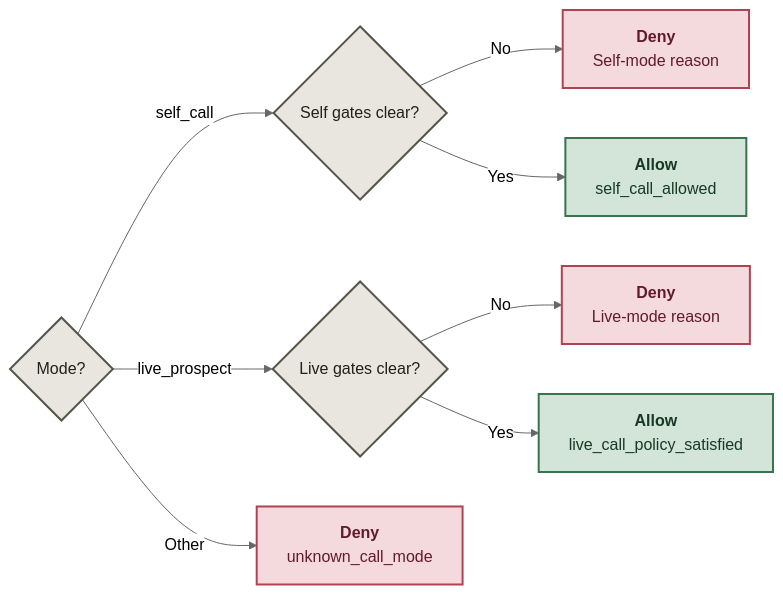
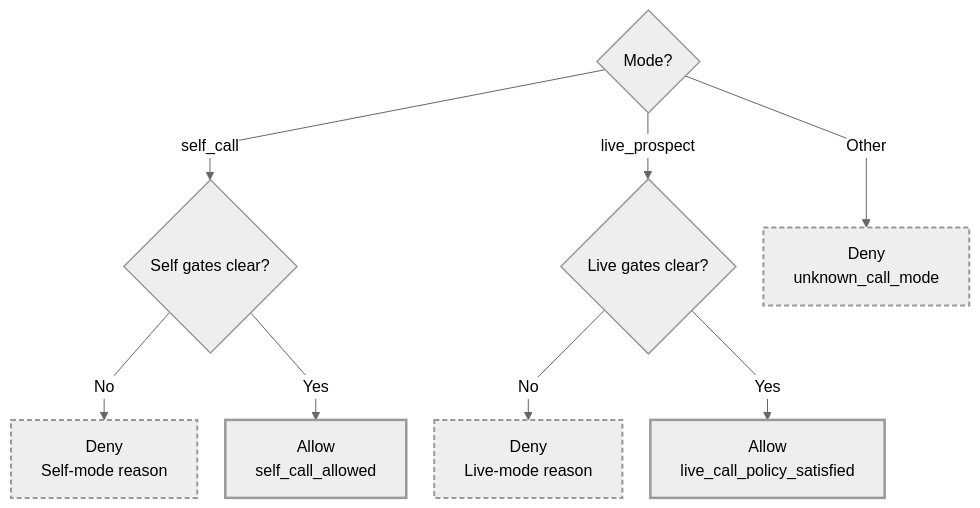
The second of 2 diagrams in README.md (Niyam-Paneru/ai-sales-call-guard), drawn with Mermaid (neutral theme) before and after one commit. The commit also changed other lines of this file, not shown here.

Commit message:
Improve Mermaid layout and light-dark theme readability

````diff
--- a/README.md
+++ b/README.md
@@ -29,16 +38,25 @@
 ```mermaid
-flowchart LR
+---
+config:
+  flowchart:
+    curve: linear
+    nodeSpacing: 28
+    rankSpacing: 42
+---
+flowchart TB
+    accTitle: Modes: enablement is specific to the call path
+    accDescr: Decision flow for modes: enablement is specific to the call path.
     M{"Mode?"} -- self_call --> S{"Self gates clear?"}
-    S -- No --> SD["<b>Deny</b><br/>Self-mode reason"]
-    S -- Yes --> SA["<b>Allow</b><br/>self_call_allowed"]
+    S -- No --> SD["Deny<br/>Self-mode reason"]
+    S -- Yes --> SA["Allow<br/>self_call_allowed"]
     M -- live_prospect --> L{"Live gates clear?"}
-    L -- No --> LD["<b>Deny</b><br/>Live-mode reason"]
-    L -- Yes --> LA["<b>Allow</b><br/>live_call_policy_satisfied"]
-    M -- Other --> U["<b>Deny</b><br/>unknown_call_mode"]
-    classDef input fill:#e8e6df,stroke:#55534a,color:#20201d,stroke-width:2px;
-    classDef pass fill:#d2e5d8,stroke:#38734d,color:#183923,stroke-width:2px;
-    classDef stop fill:#f4dadd,stroke:#b14253,color:#611c29,stroke-width:2px;
+    L -- No --> LD["Deny<br/>Live-mode reason"]
+    L -- Yes --> LA["Allow<br/>live_call_policy_satisfied"]
+    M -- Other --> U["Deny<br/>unknown_call_mode"]
+    classDef input stroke-width:1.5px;
+    classDef pass stroke-width:2.5px;
+    classDef stop stroke-width:2px,stroke-dasharray:5 3;
     class M,S,L input;
     class SA,LA pass;
     class SD,LD,U stop;
 ```
````
